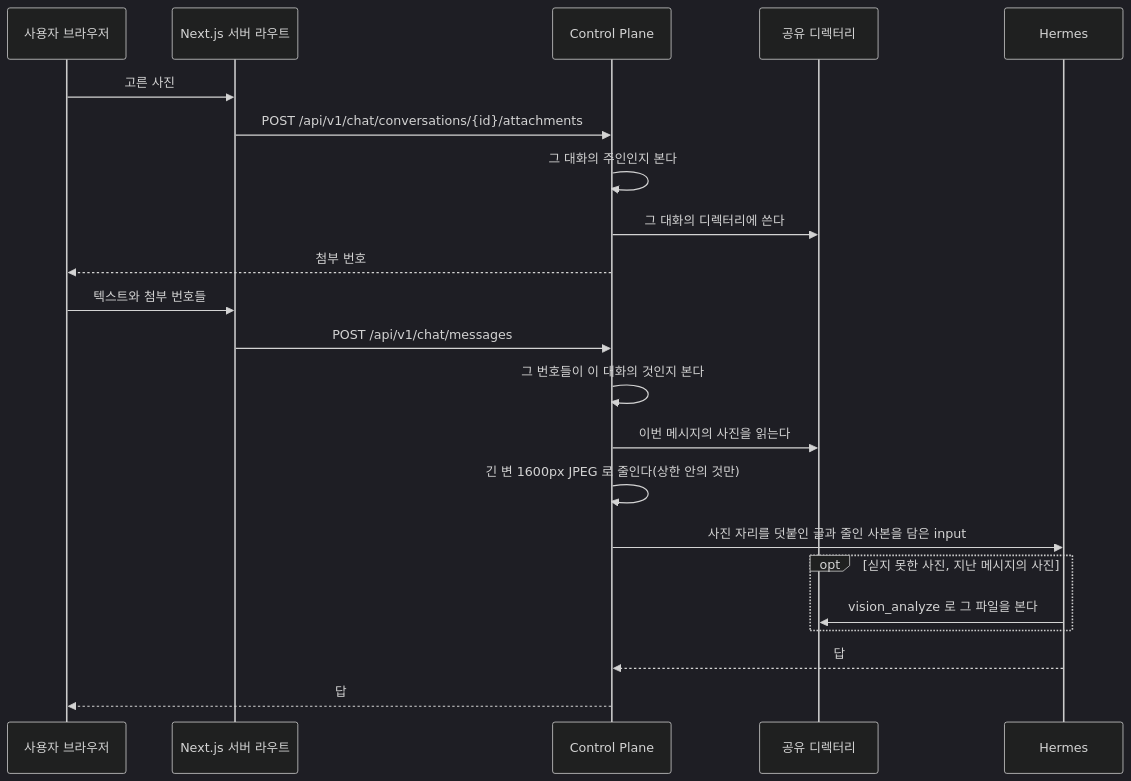
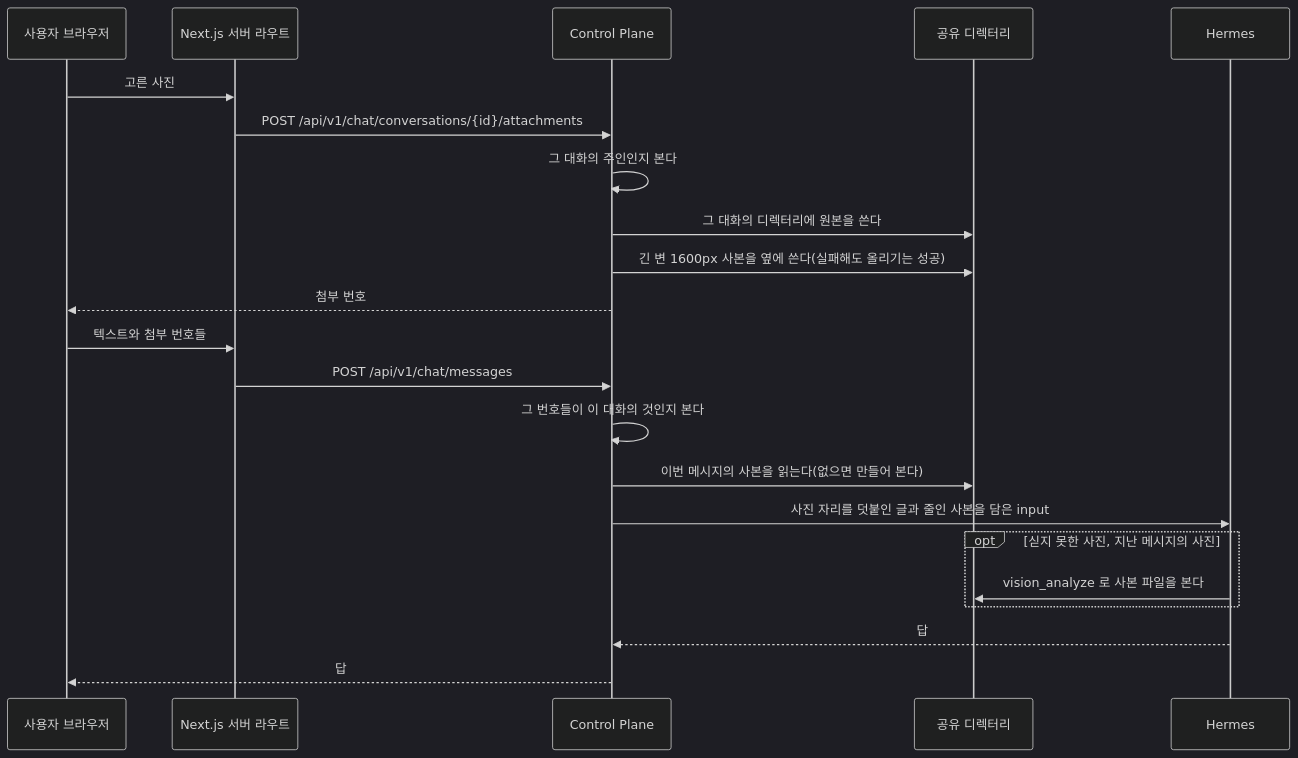
One commit to jon890/fos-assistant changed the diagram in docs/backend/attachment.md. Above: the diagram before and after it, drawn with Mermaid (dark theme). The commit also changed other lines of this file and 6 other files, not shown here.

````diff
--- a/docs/backend/attachment.md
+++ b/docs/backend/attachment.md
@@ -116,26 +123,26 @@
 ```mermaid
 sequenceDiagram
     participant U as 사용자 브라우저
     participant W as Next.js 서버 라우트
     participant C as Control Plane
     participant D as 공유 디렉터리
     participant H as Hermes
 
     U->>W: 고른 사진
     W->>C: POST /api/v1/chat/conversations/{id}/attachments
     C->>C: 그 대화의 주인인지 본다
-    C->>D: 그 대화의 디렉터리에 쓴다
+    C->>D: 그 대화의 디렉터리에 원본을 쓴다
+    C->>D: 긴 변 1600px 사본을 옆에 쓴다(실패해도 올리기는 성공)
     C-->>U: 첨부 번호
 
     U->>W: 텍스트와 첨부 번호들
     W->>C: POST /api/v1/chat/messages
     C->>C: 그 번호들이 이 대화의 것인지 본다
-    C->>D: 이번 메시지의 사진을 읽는다
-    C->>C: 긴 변 1600px JPEG 로 줄인다(상한 안의 것만)
+    C->>D: 이번 메시지의 사본을 읽는다(없으면 만들어 본다)
     C->>H: 사진 자리를 덧붙인 글과 줄인 사본을 담은 input
     opt 싣지 못한 사진, 지난 메시지의 사진
-        H->>D: vision_analyze 로 그 파일을 본다
+        H->>D: vision_analyze 로 사본 파일을 본다
     end
     H-->>C: 답
     C-->>U: 답
 ```
````
